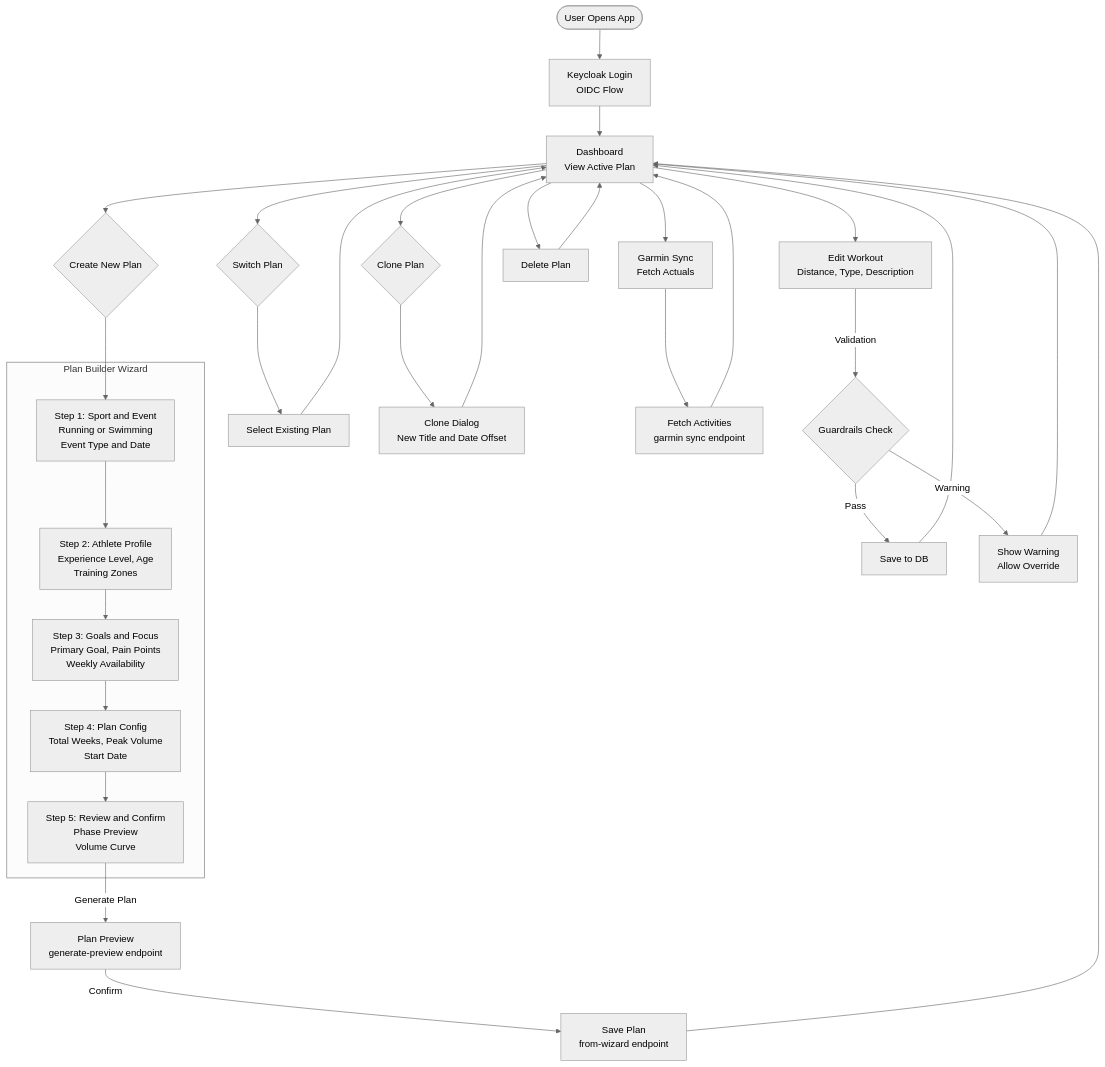
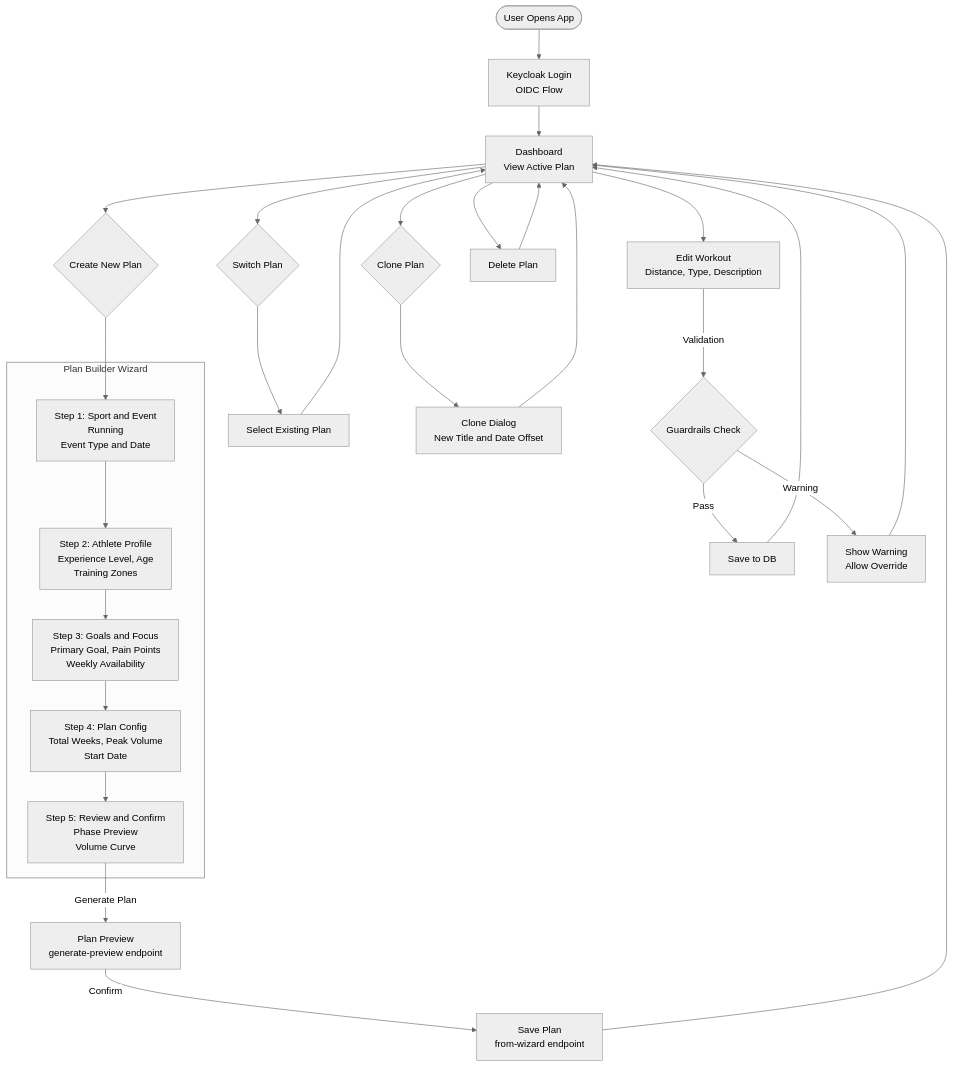
The third of 3 diagrams in README.md (michaelbramwell/3h2Os), drawn with Mermaid (neutral theme) before and after one commit. The commit also changed other lines of this file and 12 other files, not shown here.

````diff
--- a/README.md
+++ b/README.md
@@ -338,44 +351,40 @@
 ```mermaid
 flowchart TD
     Start([User Opens App]) --> Login[Keycloak Login<br/>OIDC Flow]
     Login --> Dashboard[Dashboard<br/>View Active Plan]
 
     Dashboard --> Switch{Switch Plan}
     Switch --> SelectPlan[Select Existing Plan]
     SelectPlan --> Dashboard
 
     Dashboard --> CreateNew{Create New Plan}
     CreateNew --> W1
 
     subgraph WizardFlow [Plan Builder Wizard]
-        W1[Step 1: Sport and Event<br/>Running or Swimming<br/>Event Type and Date]
+        W1[Step 1: Sport and Event<br/>Running<br/>Event Type and Date]
         W2[Step 2: Athlete Profile<br/>Experience Level, Age<br/>Training Zones]
         W3[Step 3: Goals and Focus<br/>Primary Goal, Pain Points<br/>Weekly Availability]
         W4[Step 4: Plan Config<br/>Total Weeks, Peak Volume<br/>Start Date]
         W5[Step 5: Review and Confirm<br/>Phase Preview<br/>Volume Curve]
 
         W1 --> W2 --> W3 --> W4 --> W5
     end
 
     W5 -->|Generate Plan| Preview[Plan Preview<br/>generate-preview endpoint]
     Preview -->|Confirm| SavePlan[Save Plan<br/>from-wizard endpoint]
     SavePlan --> Dashboard
 
     Dashboard --> Clone{Clone Plan}
     Clone --> CloneDialog[Clone Dialog<br/>New Title and Date Offset]
     CloneDialog --> Dashboard
 
     Dashboard --> EditWorkout[Edit Workout<br/>Distance, Type, Description]
     EditWorkout -->|Validation| Guardrails{Guardrails Check}
     Guardrails -->|Pass| SaveWorkout[Save to DB]
     Guardrails -->|Warning| ShowWarning[Show Warning<br/>Allow Override]
     SaveWorkout --> Dashboard
     ShowWarning --> Dashboard
 
-    Dashboard --> GarminSync[Garmin Sync<br/>Fetch Actuals]
-    GarminSync --> FetchActivities[Fetch Activities<br/>garmin sync endpoint]
-    FetchActivities --> Dashboard
-
     Dashboard --> DeletePlan[Delete Plan]
     DeletePlan --> Dashboard
 ```
````
